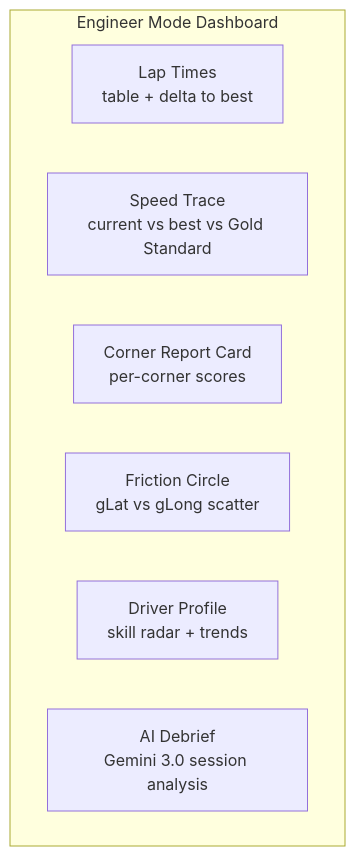
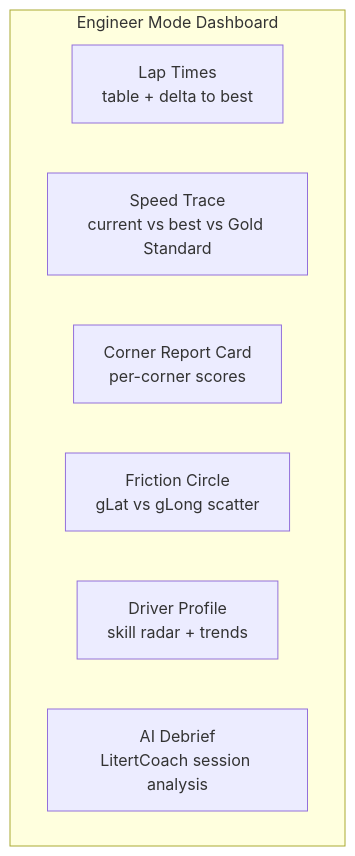
Before and after one commit to mlnomadpy/pitwall: the second of 5 diagrams in docs/ux.md, drawn with Mermaid. The commit also changed other lines of this file and 47 other files, not shown here.

````diff
--- a/docs/ux.md
+++ b/docs/ux.md
@@ -174,11 +174,11 @@
 ```mermaid
 graph TB
     subgraph Engineer Mode Dashboard
         LAP[Lap Times<br/>table + delta to best]
         TRACE[Speed Trace<br/>current vs best vs Gold Standard]
         CORNER[Corner Report Card<br/>per-corner scores]
         FRICTION[Friction Circle<br/>gLat vs gLong scatter]
         PROFILE[Driver Profile<br/>skill radar + trends]
-        DEBRIEF[AI Debrief<br/>Gemini 3.0 session analysis]
+        DEBRIEF[AI Debrief<br/>LitertCoach session analysis]
     end
 ```
````
